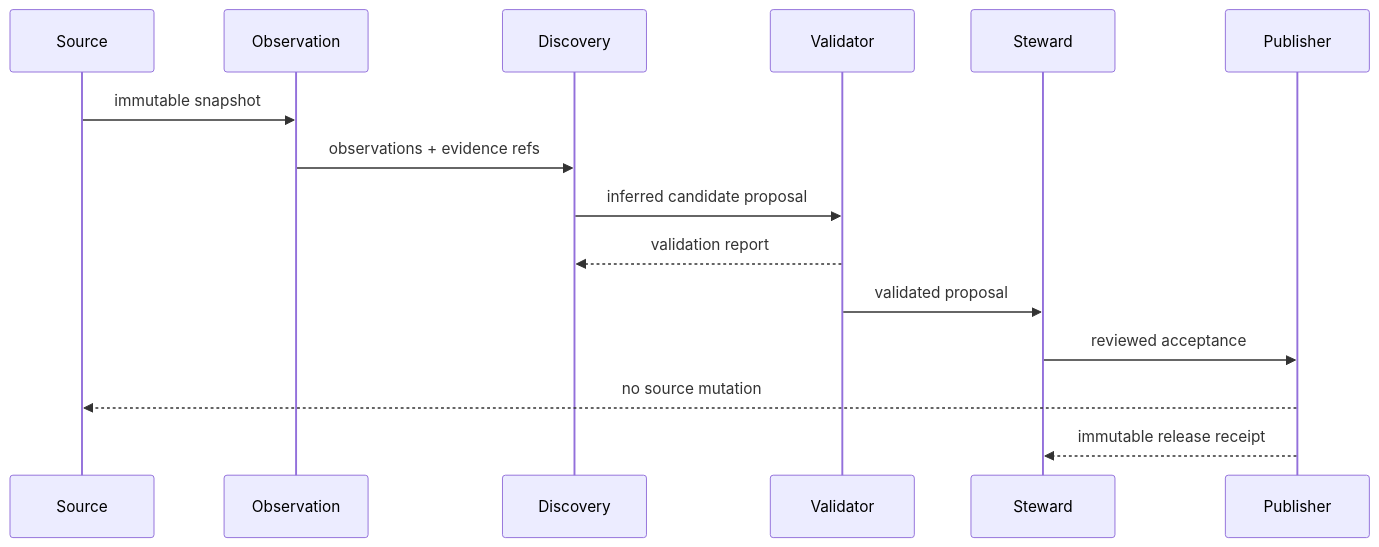
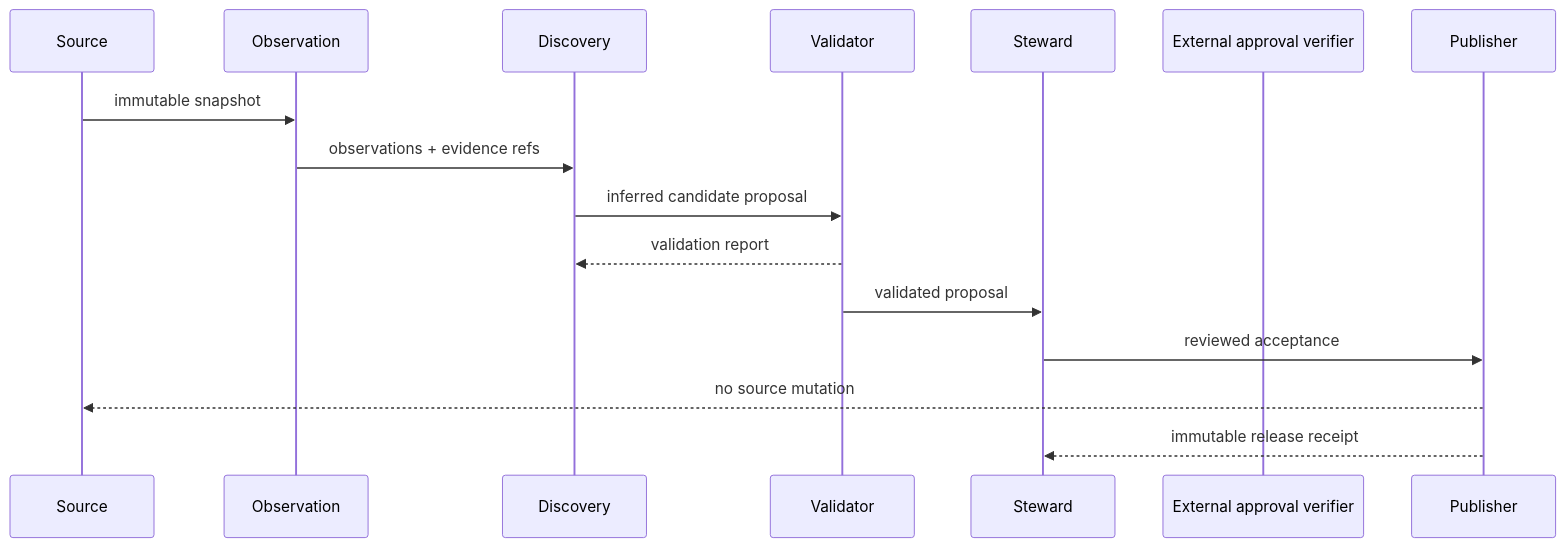
One commit to ContextualWisdomLab/ConceptWeave changed the second of 3 diagrams in docs/UML.md. Above: the diagram before and after it, drawn with Mermaid. The commit also changed other lines of this file and 14 other files, not shown here.

````diff
--- a/docs/UML.md
+++ b/docs/UML.md
@@ -23,18 +23,19 @@
 ```mermaid
 sequenceDiagram
     participant Source
     participant Observation
     participant Discovery
     participant Validator
     participant Steward
+    participant Governance as External approval verifier
     participant Publisher
 
     Source->>Observation: immutable snapshot
     Observation->>Discovery: observations + evidence refs
     Discovery->>Validator: inferred candidate proposal
     Validator-->>Discovery: validation report
     Validator->>Steward: validated proposal
     Steward->>Publisher: reviewed acceptance
     Publisher-->>Source: no source mutation
     Publisher-->>Steward: immutable release receipt
 ```
````
